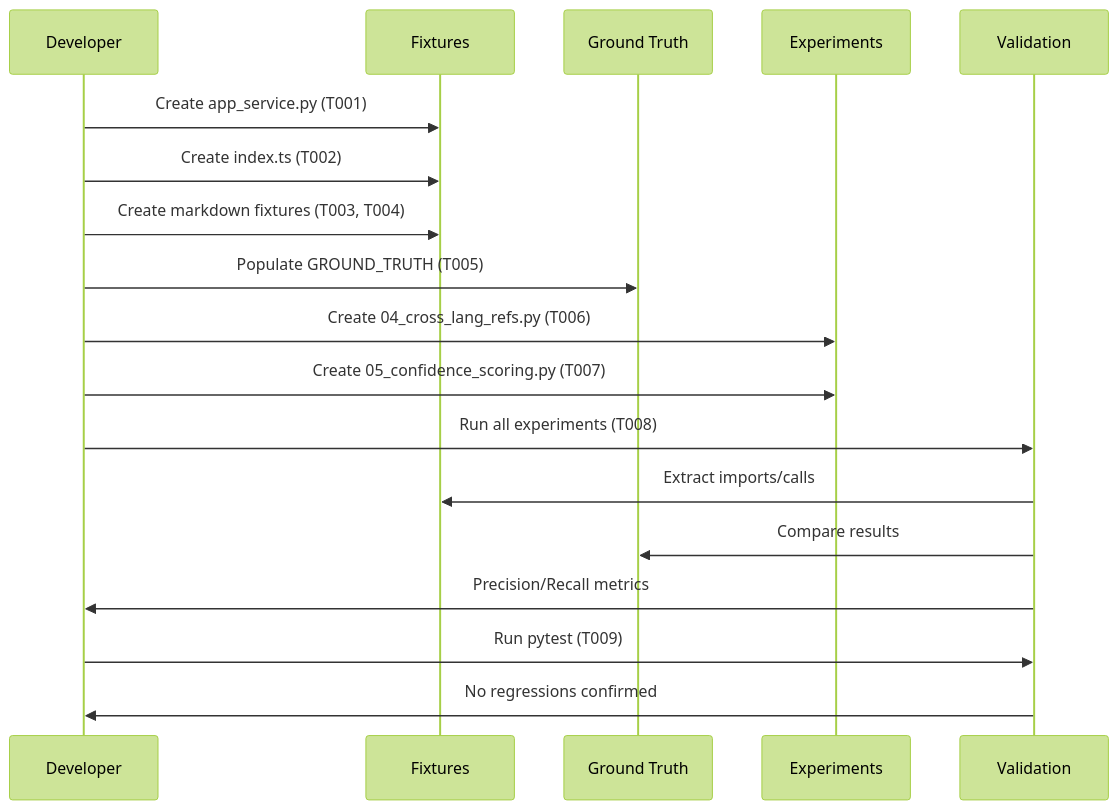
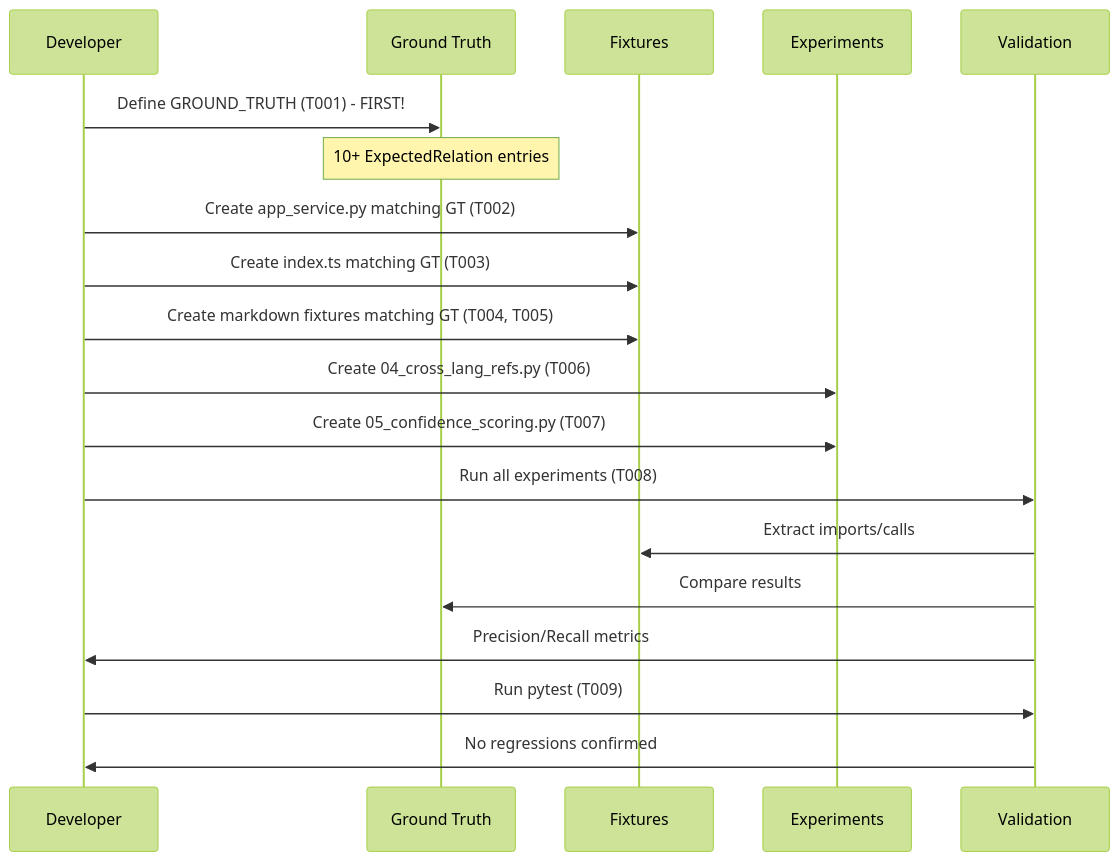
The third of 3 diagrams in docs/plans/022-cross-file-rels/tasks/phase-3-fixture-enrichment-validation/tasks.md (AI-Substrate/flow_squared), drawn with Mermaid (forest theme) before and after one commit. The commit also changed other lines of this file and 18 other files, not shown here.

````diff
--- a/docs/plans/022-cross-file-rels/tasks/phase-3-fixture-enrichment-validation/tasks.md
+++ b/docs/plans/022-cross-file-rels/tasks/phase-3-fixture-enrichment-validation/tasks.md
@@ -329,25 +328,26 @@
 ```mermaid
 sequenceDiagram
     participant Dev as Developer
+    participant GT as Ground Truth
     participant Fix as Fixtures
-    participant GT as Ground Truth
     participant Exp as Experiments
     participant Val as Validation
 
-    Dev->>Fix: Create app_service.py (T001)
-    Dev->>Fix: Create index.ts (T002)
-    Dev->>Fix: Create markdown fixtures (T003, T004)
+    Dev->>GT: Define GROUND_TRUTH (T001) - FIRST!
+    Note over GT: 10+ ExpectedRelation entries
 
-    Dev->>GT: Populate GROUND_TRUTH (T005)
+    Dev->>Fix: Create app_service.py matching GT (T002)
+    Dev->>Fix: Create index.ts matching GT (T003)
+    Dev->>Fix: Create markdown fixtures matching GT (T004, T005)
 
     Dev->>Exp: Create 04_cross_lang_refs.py (T006)
     Dev->>Exp: Create 05_confidence_scoring.py (T007)
 
     Dev->>Val: Run all experiments (T008)
     Val->>Fix: Extract imports/calls
     Val->>GT: Compare results
     Val->>Dev: Precision/Recall metrics
 
     Dev->>Val: Run pytest (T009)
     Val->>Dev: No regressions confirmed
 ```
````
